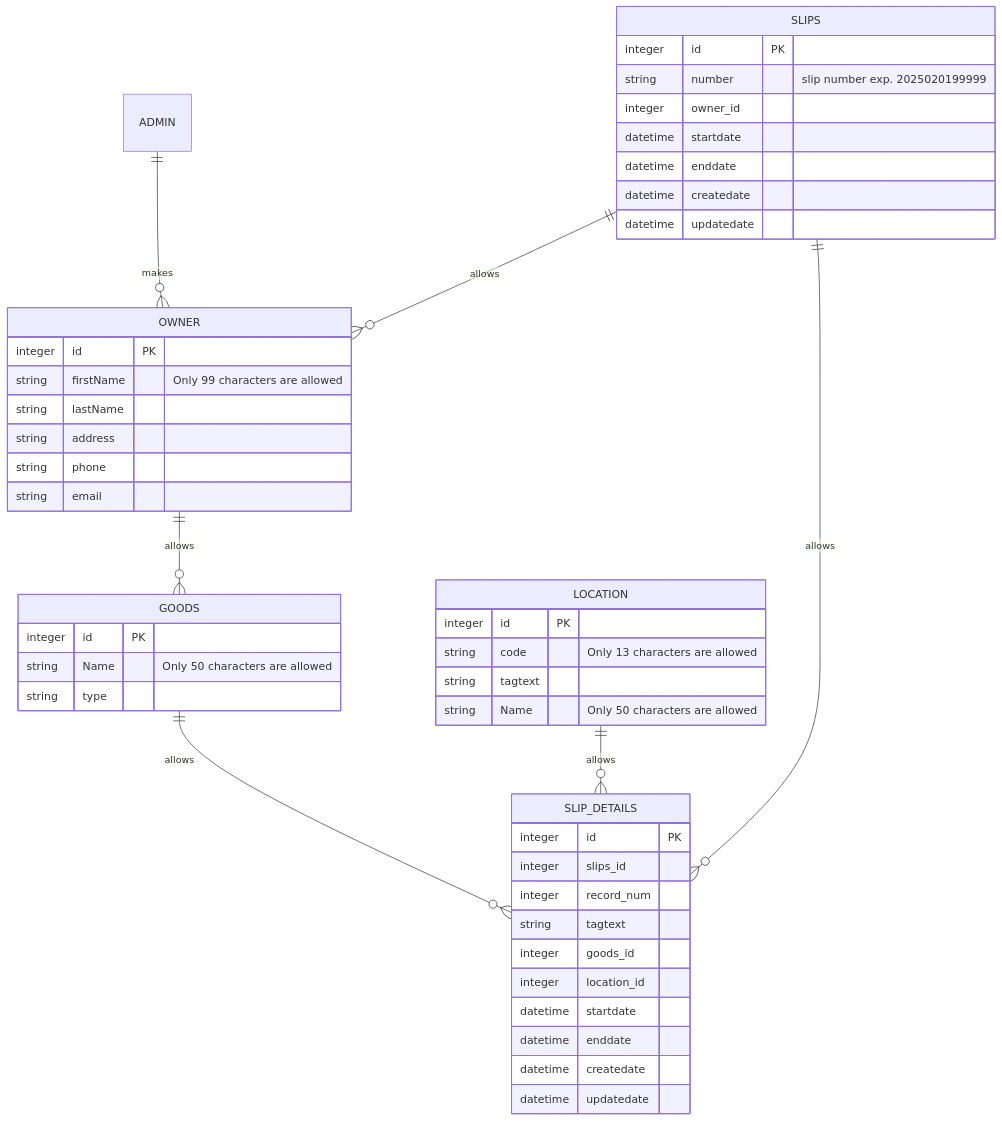
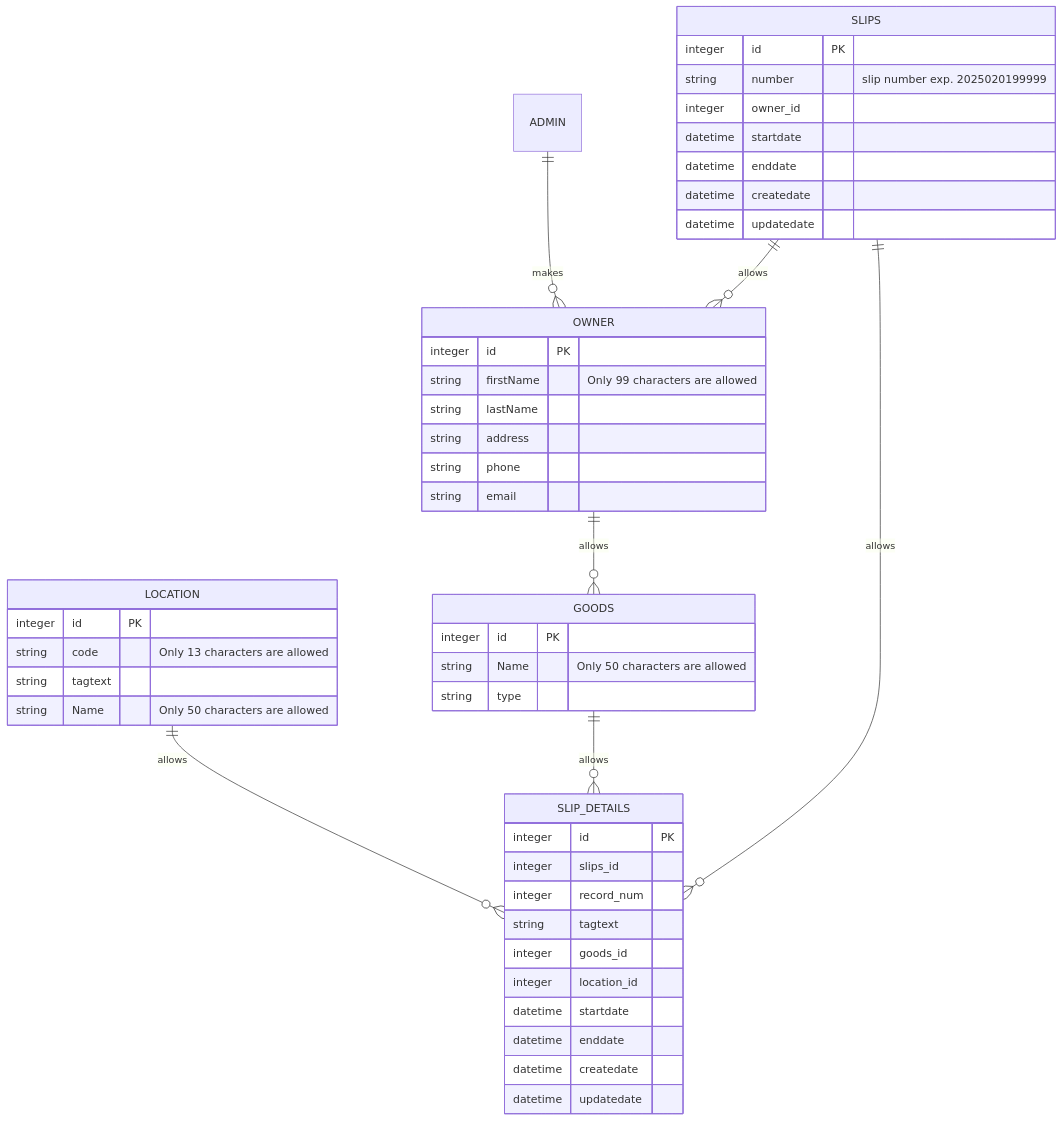
Before and after one commit to piot-jp-Team/goods_storage: the diagram in README.md, drawn with Mermaid. The commit also changed other lines of this file, not shown here.

````diff
--- a/README.md
+++ b/README.md
@@ -43,54 +43,54 @@
 ```mermaid
 erDiagram
+    LOCATION ||--o{ SLIP_DETAILS : allows
     ADMIN ||--o{ OWNER : makes
     OWNER ||--o{ GOODS : allows
     GOODS ||--o{ SLIP_DETAILS : allows
-    LOCATION ||--o{ SLIP_DETAILS : allows
     SLIPS ||--o{ OWNER : allows
     SLIPS ||--o{ SLIP_DETAILS : allows
 
   
     OWNER {
         integer id PK
         string firstName "Only 99 characters are allowed"
         string lastName
         string address
         string phone
         string email
     }
 
     GOODS {
         integer id PK
         string Name "Only 50 characters are allowed"
         string type
     }
   
     LOCATION {
         integer id PK
         string code "Only 13 characters are allowed"
         string tagtext
         string Name "Only 50 characters are allowed"
     }
 
     SLIPS {
         integer id PK
         string number "slip number exp. 2025020199999"
         integer owner_id
         datetime startdate
         datetime enddate
         datetime createdate
         datetime updatedate
     }
     SLIP_DETAILS {
         integer id PK
         integer slips_id
         integer record_num
         string tagtext
         integer goods_id
         integer location_id
         datetime startdate
         datetime enddate
         datetime createdate
         datetime updatedate
     }
 ```
````
